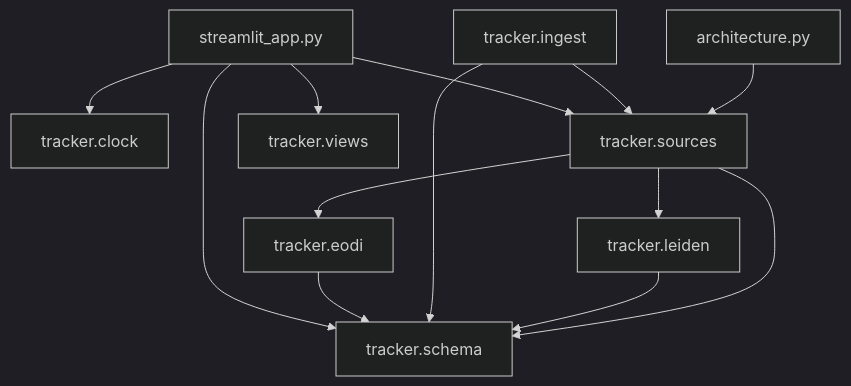
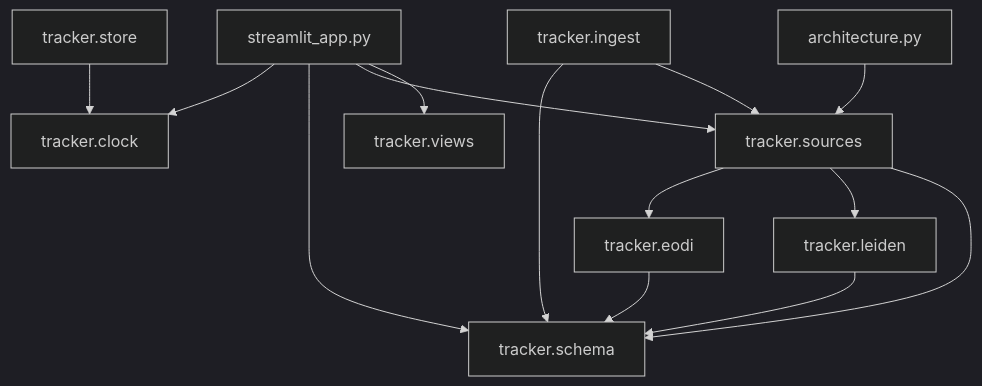
Before and after one commit to tryph0n/hybrid-tracker: the third of 3 diagrams in docs/architecture.md, drawn with Mermaid (dark theme). The commit also changed other lines of this file, not shown here.

Commit message:
docs(architecture): regenerate the page for the store module
The pipeline checks that docs/architecture.md matches the code, and the new
module tracker.store was missing from it.

Refs #40

````diff
--- a/docs/architecture.md
+++ b/docs/architecture.md
@@ -146,24 +146,26 @@
 ```mermaid
 flowchart TB
   module_streamlit_app_py["streamlit_app.py"]
   module_tracker_clock["tracker.clock"]
   module_tracker_eodi["tracker.eodi"]
   module_tracker_ingest["tracker.ingest"]
   module_tracker_leiden["tracker.leiden"]
   module_tracker_schema["tracker.schema"]
   module_tracker_sources["tracker.sources"]
+  module_tracker_store["tracker.store"]
   module_tracker_views["tracker.views"]
   module_architecture_py["architecture.py"]
   module_streamlit_app_py --> module_tracker_clock
   module_streamlit_app_py --> module_tracker_schema
   module_streamlit_app_py --> module_tracker_sources
   module_streamlit_app_py --> module_tracker_views
   module_tracker_eodi --> module_tracker_schema
   module_tracker_ingest --> module_tracker_schema
   module_tracker_ingest --> module_tracker_sources
   module_tracker_leiden --> module_tracker_schema
   module_tracker_sources --> module_tracker_eodi
   module_tracker_sources --> module_tracker_leiden
   module_tracker_sources --> module_tracker_schema
+  module_tracker_store --> module_tracker_clock
   module_architecture_py --> module_tracker_sources
 ```
````
